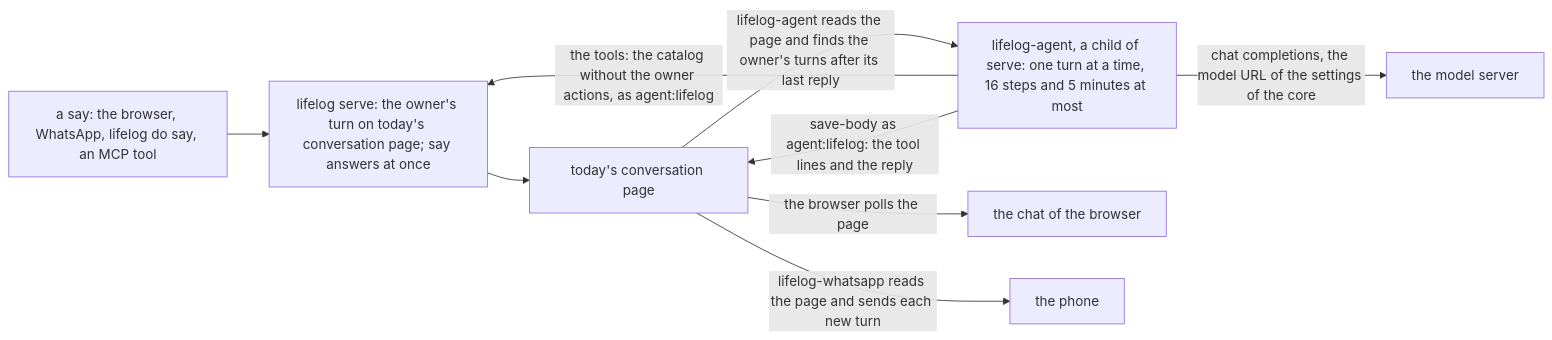
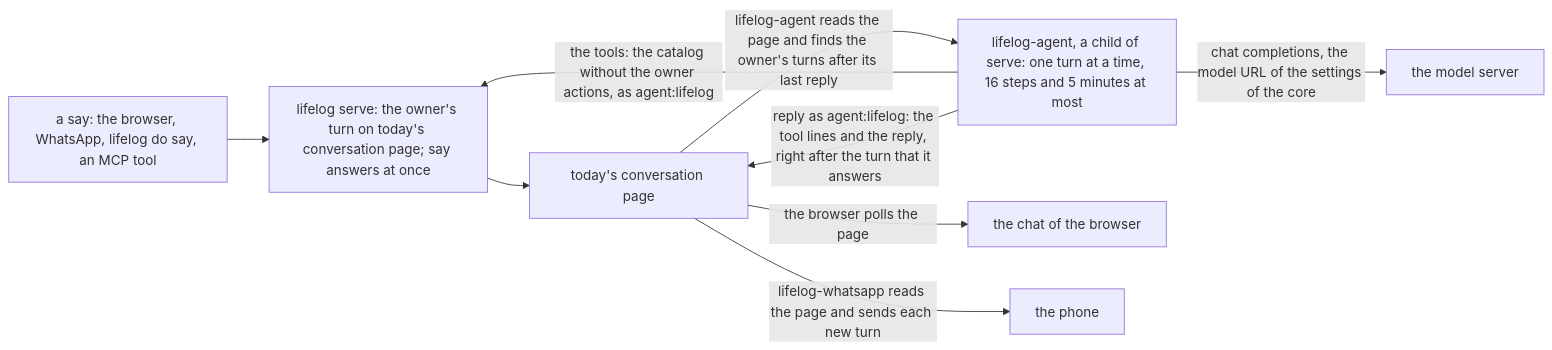
The diagram in docs/plans/162-the-simple-architecture.md (alexradunet/aminte), drawn with Mermaid before and after one commit. The commit also changed other lines of this file, not shown here.

````diff
--- a/docs/plans/162-the-simple-architecture.md
+++ b/docs/plans/162-the-simple-architecture.md
@@ -59,11 +60,11 @@
 ```mermaid
 flowchart LR
   S["a say: the browser, WhatsApp, lifelog do say, an MCP tool"] --> C["lifelog serve: the owner's turn on today's conversation page; say answers at once"]
   C --> P["today's conversation page"]
   P -->|"lifelog-agent reads the page and finds the owner's turns after its last reply"| Q["lifelog-agent, a child of serve: one turn at a time, 16 steps and 5 minutes at most"]
   Q -->|"chat completions, the model URL of the settings of the core"| M["the model server"]
   Q -->|"the tools: the catalog without the owner actions, as agent:lifelog"| C
-  Q -->|"save-body as agent:lifelog: the tool lines and the reply"| P
+  Q -->|"reply as agent:lifelog: the tool lines and the reply, right after the turn that it answers"| P
   P -->|"the browser polls the page"| B["the chat of the browser"]
   P -->|"lifelog-whatsapp reads the page and sends each new turn"| W["the phone"]
 ```
````
